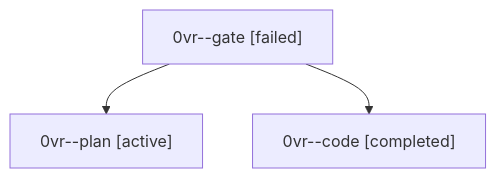
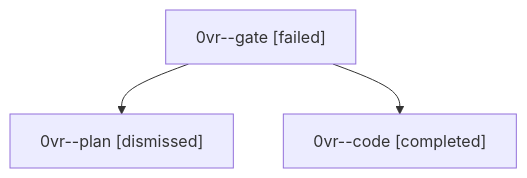
One commit to bobs-org/bob-cli--agents changed the diagram in sessions/bbugyi200.athena.0vr.md. Above: the diagram before and after it, drawn with Mermaid. The commit also changed other lines of this file and 29 other files, not shown here.

````diff
--- a/sessions/bbugyi200.athena.0vr.md
+++ b/sessions/bbugyi200.athena.0vr.md
@@ -9,8 +9,8 @@
 ```mermaid
 flowchart TD
   n0["0vr--gate [failed]"]
-  n1["0vr--plan [active]"]
+  n1["0vr--plan [dismissed]"]
   n0 --> n1
   n2["0vr--code [completed]"]
   n0 --> n2
 ```
````
